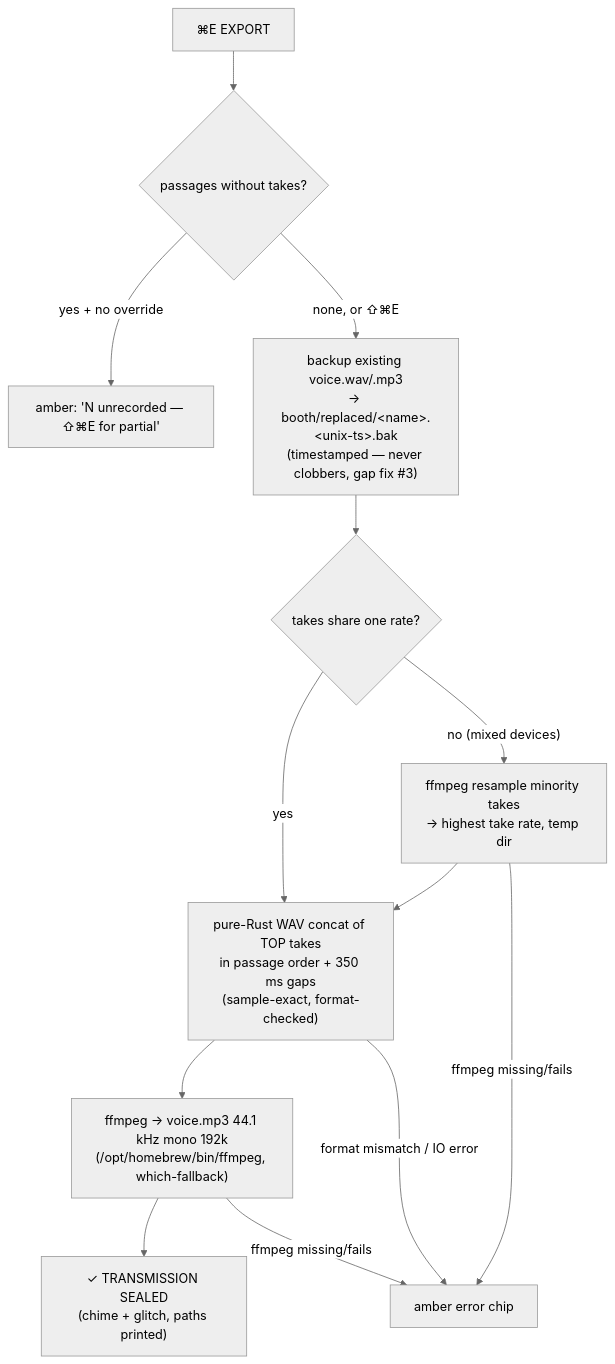
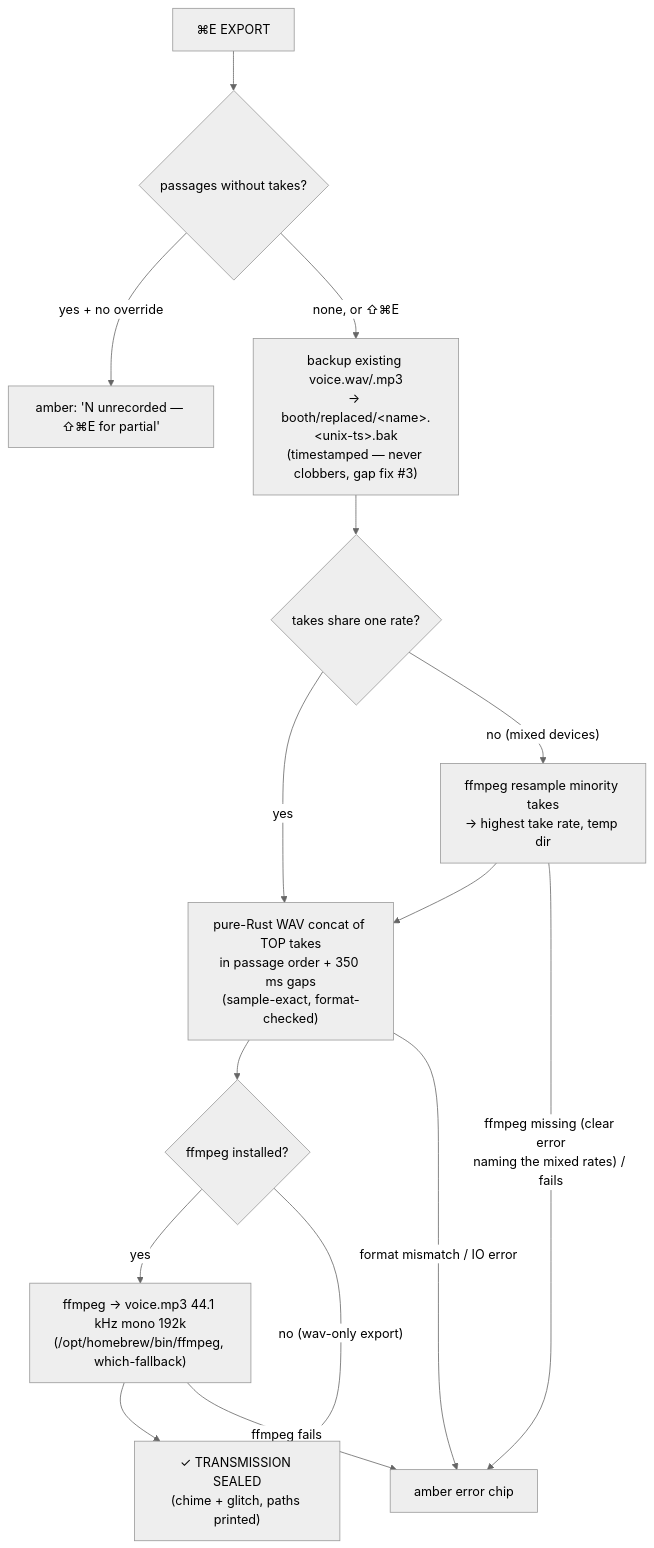
The fifth of 6 diagrams in DESIGN.md (Attestrum/booth), drawn with Mermaid (neutral theme) before and after one commit. The commit also changed other lines of this file and 4 other files, not shown here.

First line of the commit message:
feat: ffmpeg is optional — WAV always exports, mp3/resample light up when installed (gap #20)

````diff
--- a/DESIGN.md
+++ b/DESIGN.md
@@ -174,14 +174,16 @@
 ```mermaid
 flowchart TD
     E["⌘E EXPORT"] --> MISS{"passages without takes?"}
     MISS -->|"yes + no override"| REFUSE["amber: 'N unrecorded — ⇧⌘E for partial'"]
     MISS -->|"none, or ⇧⌘E"| BAK["backup existing voice.wav/.mp3\n→ booth/replaced/&lt;name&gt;.&lt;unix-ts&gt;.bak\n(timestamped — never clobbers, gap fix #3)"]
     BAK --> NORM{"takes share one rate?"}
     NORM -->|yes| CAT["pure-Rust WAV concat of TOP takes\nin passage order + 350 ms gaps\n(sample-exact, format-checked)"]
     NORM -->|"no (mixed devices)"| RS["ffmpeg resample minority takes\n→ highest take rate, temp dir"] --> CAT
-    CAT --> ENC["ffmpeg → voice.mp3 44.1 kHz mono 192k\n(/opt/homebrew/bin/ffmpeg, which-fallback)"]
+    CAT --> FF{"ffmpeg installed?"}
+    FF -->|yes| ENC["ffmpeg → voice.mp3 44.1 kHz mono 192k\n(/opt/homebrew/bin/ffmpeg, which-fallback)"]
+    FF -->|"no (wav-only export)"| SEAL
     ENC --> SEAL["✓ TRANSMISSION SEALED\n(chime + glitch, paths printed)"]
     CAT -->|format mismatch / IO error| FAIL["amber error chip"]
-    RS -->|ffmpeg missing/fails| FAIL
-    ENC -->|ffmpeg missing/fails| FAIL
+    RS -->|"ffmpeg missing (clear error\nnaming the mixed rates) / fails"| FAIL
+    ENC -->|ffmpeg fails| FAIL
 ```
````
